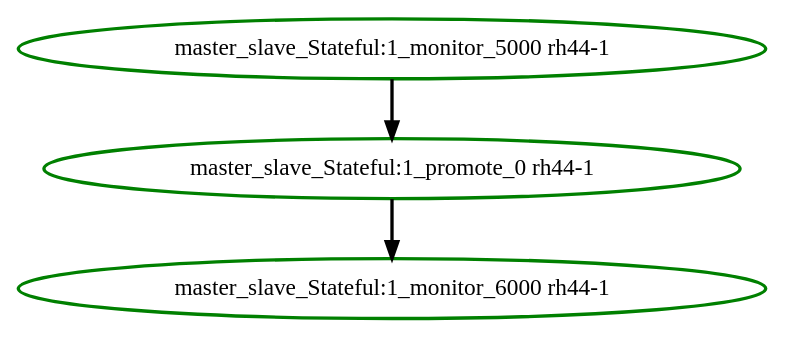
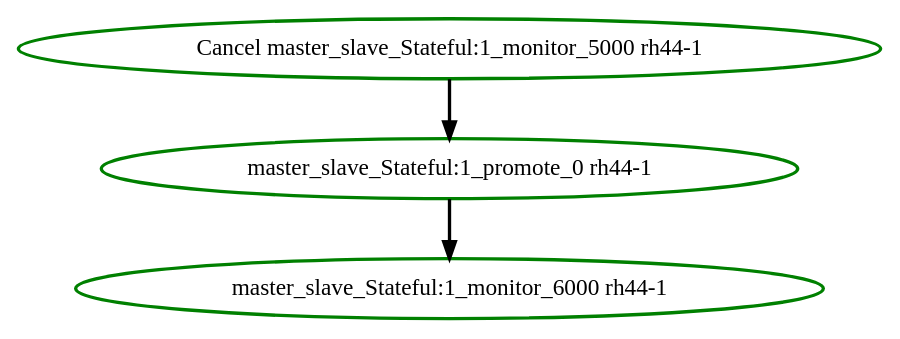
The diagram in pengine/testcases/master-group.dot (linux-ha-japan/pm_diskd), drawn with Graphviz before and after one commit. The commit also changed 8 other files, not shown here.

Commit message:
Low: PE: Clearly indicate which actions are being cancelled in the dot graph

```diff
--- a/pengine/testcases/master-group.dot
+++ b/pengine/testcases/master-group.dot
@@ -1,7 +1,7 @@
 digraph "g" {
-"master_slave_Stateful:1_monitor_5000 rh44-1" -> "master_slave_Stateful:1_promote_0 rh44-1" [ style = bold]
-"master_slave_Stateful:1_monitor_5000 rh44-1" [ style=bold color="green" fontcolor="black"  ]
+"Cancel master_slave_Stateful:1_monitor_5000 rh44-1" -> "master_slave_Stateful:1_promote_0 rh44-1" [ style = bold]
+"Cancel master_slave_Stateful:1_monitor_5000 rh44-1" [ style=bold color="green" fontcolor="black"  ]
 "master_slave_Stateful:1_monitor_6000 rh44-1" [ style=bold color="green" fontcolor="black"  ]
 "master_slave_Stateful:1_promote_0 rh44-1" -> "master_slave_Stateful:1_monitor_6000 rh44-1" [ style = bold]
 "master_slave_Stateful:1_promote_0 rh44-1" [ style=bold color="green" fontcolor="black"  ]
 }
```
